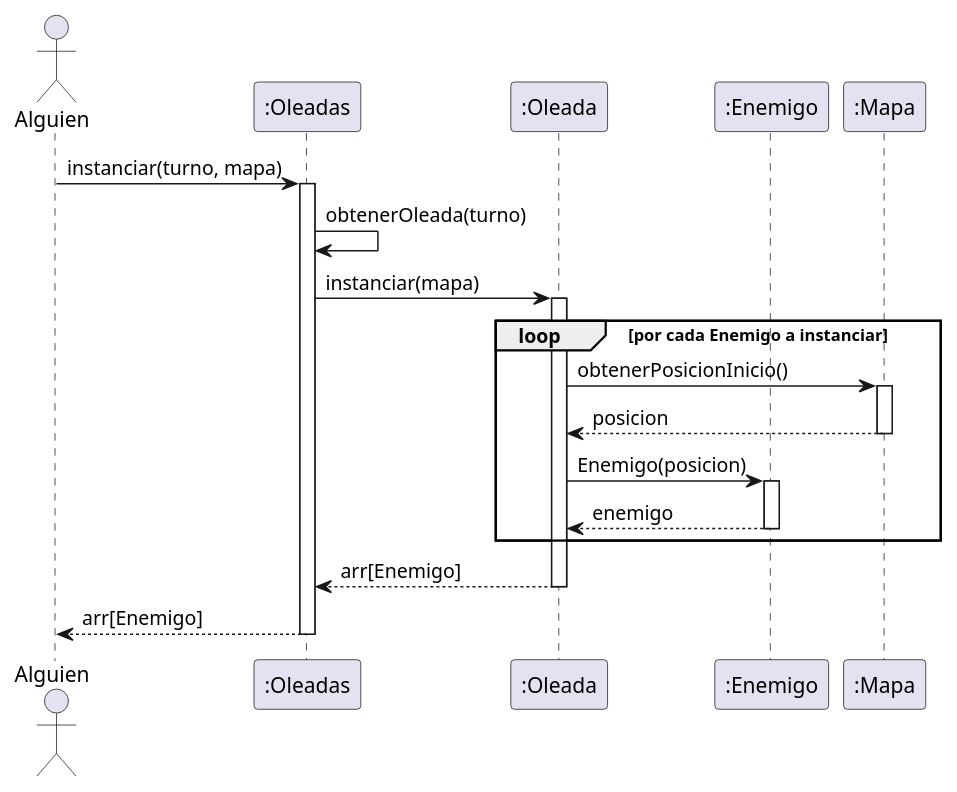
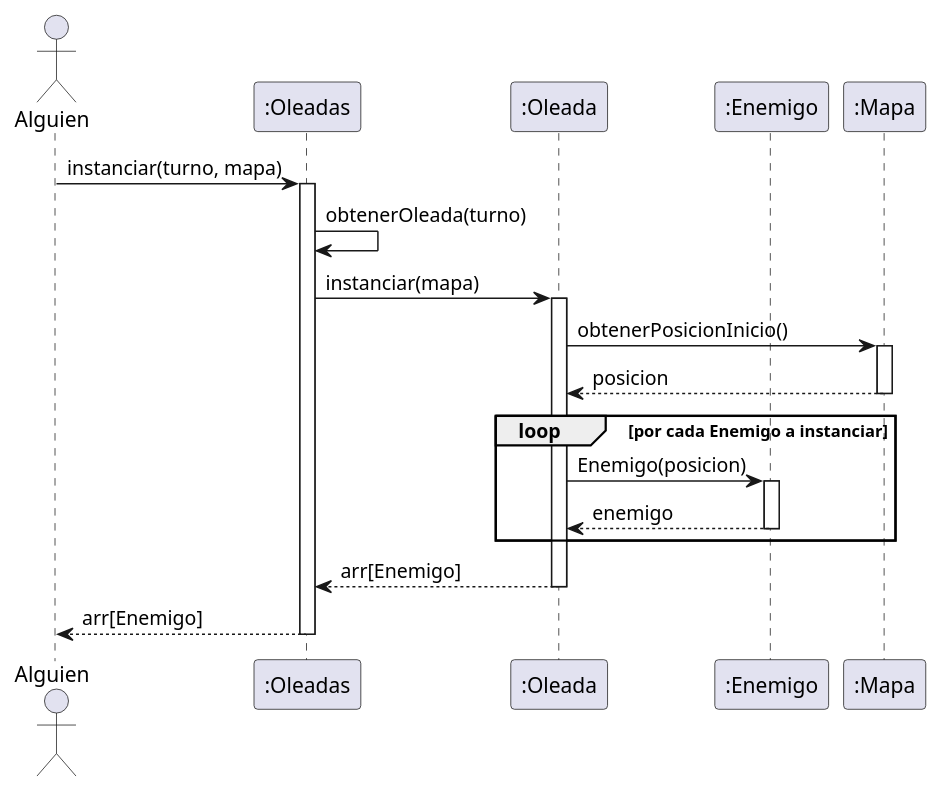
The diagram in diagrams/sequences/propuestasMarcelo/enemigos/instanciarOleada.puml (MarceloAgustinOrigoniGuillaume/Algo3_TP2_1C2023), drawn with PlantUML before and after one commit. The commit also changed other lines of this file and 8 other files, not shown here.

```diff
--- a/diagrams/sequences/propuestasMarcelo/enemigos/instanciarOleada.puml
+++ b/diagrams/sequences/propuestasMarcelo/enemigos/instanciarOleada.puml
@@ -1,37 +1,37 @@
 @startuml
 
 Actor Alguien as sis
 
 participant ":Oleadas" as oleadas
 participant ":Oleada" as oleada
 participant ":Enemigo" as enemy
 participant ":Mapa" as mapa
 
 
 sis-> oleadas: instanciar(turno, mapa)
 activate oleadas
 oleadas-> oleadas: obtenerOleada(turno)
 
 
 oleadas-> oleada: instanciar(mapa)
 activate oleada
-loop por cada Enemigo a instanciar
 oleada->mapa: obtenerPosicionInicio()
 activate mapa
 mapa --> oleada : posicion
 deactivate mapa
 
+loop por cada Enemigo a instanciar
 oleada-> enemy: Enemigo(posicion)
 activate enemy
 
 enemy --> oleada: enemigo
 deactivate enemy
 
 end
 oleada --> oleadas: arr[Enemigo]
 deactivate oleada
 
 oleadas--> sis: arr[Enemigo]
 deactivate oleadas
 
 @enduml
```
